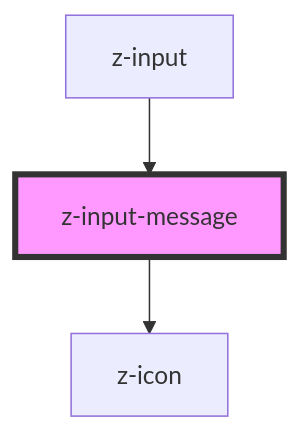
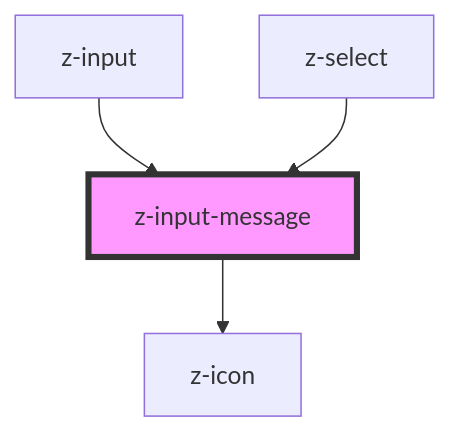
Before and after one commit to ZanichelliEditore/design-system: the diagram in src/components/inputs/z-input-message/readme.md, drawn with Mermaid. The commit also changed other lines of this file and 4 other files, not shown here.

````diff
--- a/src/components/inputs/z-input-message/readme.md
+++ b/src/components/inputs/z-input-message/readme.md
@@ -27,6 +28,7 @@
 ```mermaid
 graph TD;
   z-input-message --> z-icon
   z-input --> z-input-message
+  z-select --> z-input-message
   style z-input-message fill:#f9f,stroke:#333,stroke-width:4px
 ```
````
